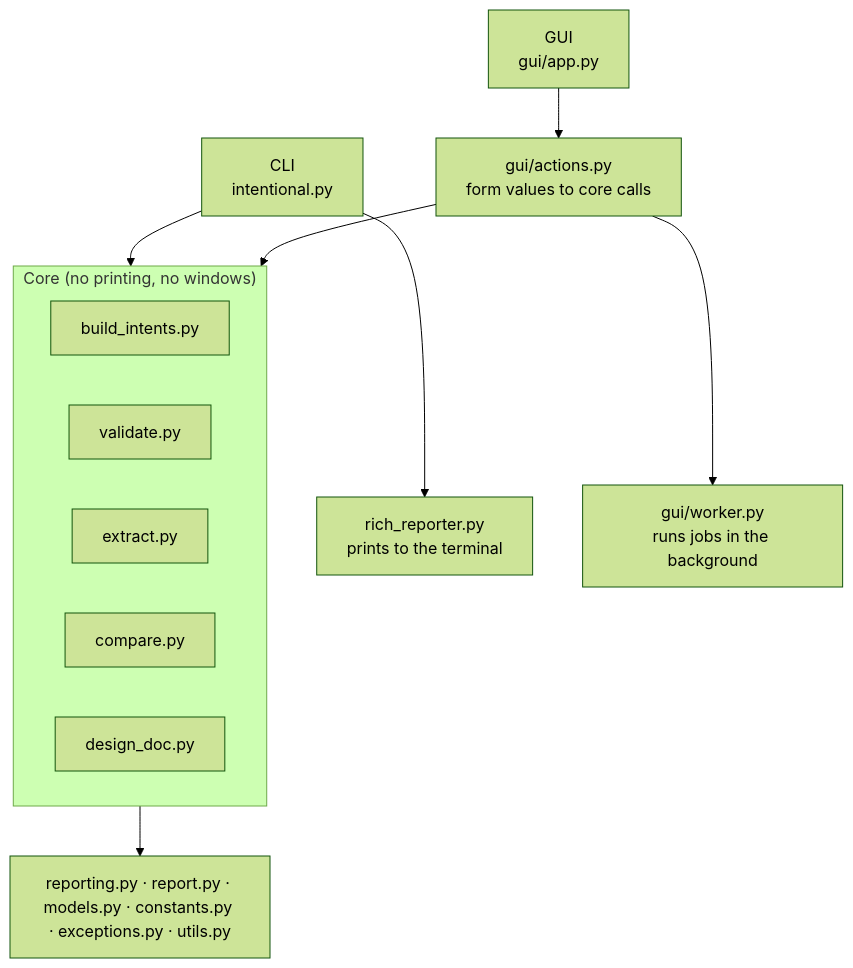
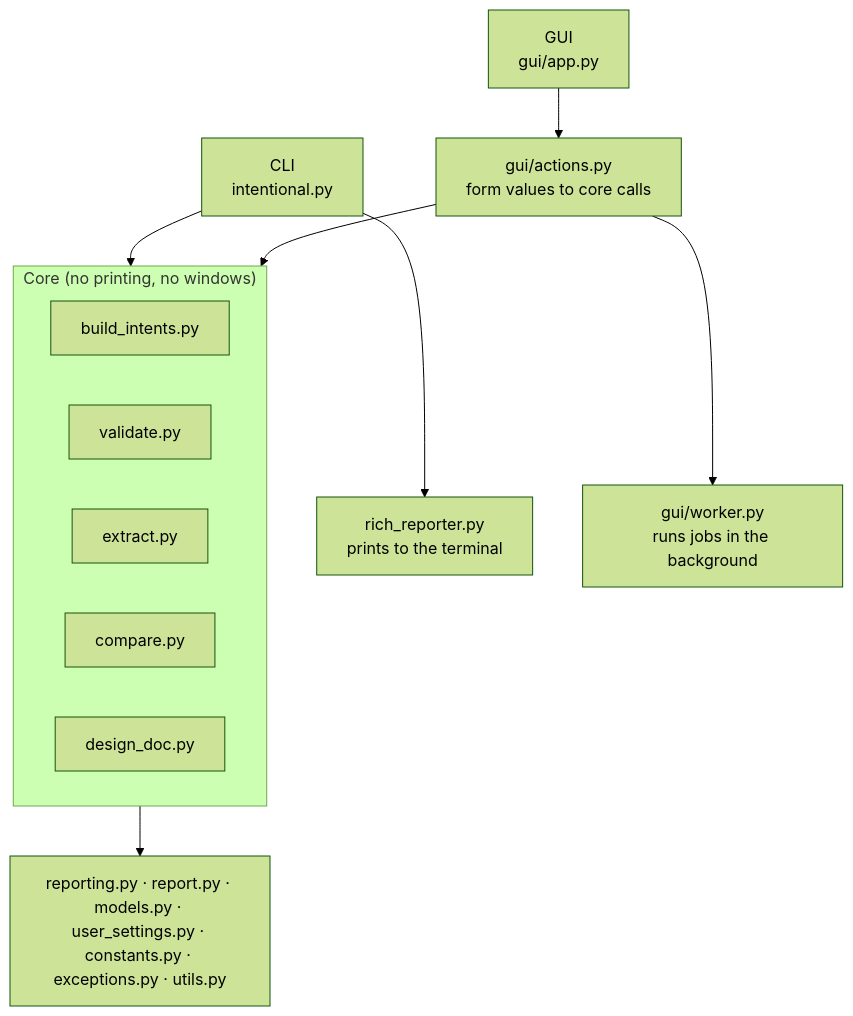
One commit to andrewjstuart/intentional-py changed the first of 2 diagrams in docs/code-guide.md. Above: the diagram before and after it, drawn with Mermaid (forest theme). The commit also changed other lines of this file and 16 other files, not shown here.

````diff
--- a/docs/code-guide.md
+++ b/docs/code-guide.md
@@ -22,16 +22,16 @@
 ```mermaid
 flowchart TD
     CLI["CLI<br/>intentional.py"] --> RR["rich_reporter.py<br/>prints to the terminal"]
     GUI["GUI<br/>gui/app.py"] --> ACT["gui/actions.py<br/>form values to core calls"]
     ACT --> WRK["gui/worker.py<br/>runs jobs in the background"]
     CLI --> CORE
     ACT --> CORE
     subgraph CORE["Core (no printing, no windows)"]
         BUILD["build_intents.py"]
         VAL["validate.py"]
         EXT["extract.py"]
         CMP["compare.py"]
         DES["design_doc.py"]
     end
-    CORE --> SHARED["reporting.py · report.py · models.py · constants.py · exceptions.py · utils.py"]
+    CORE --> SHARED["reporting.py · report.py · models.py · user_settings.py · constants.py · exceptions.py · utils.py"]
 ```
````
